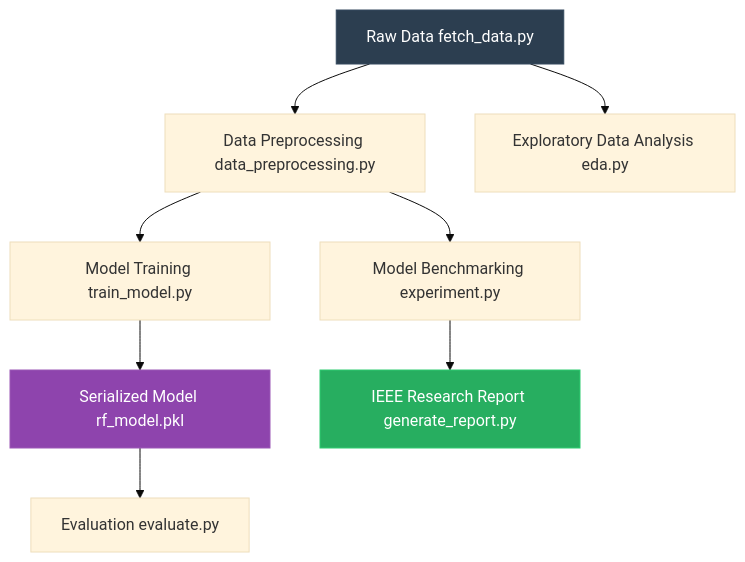
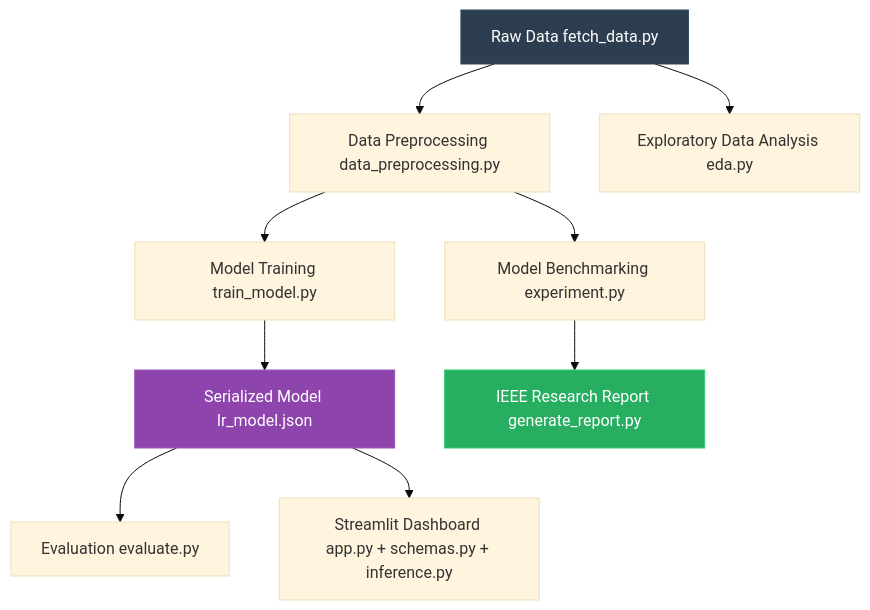
One commit to GaneshArwan/customer_churn_prediction changed the diagram in README.md. Above: the diagram before and after it, drawn with Mermaid (base theme). The commit also changed other lines of this file and 32 other files, not shown here.

````diff
--- a/README.md
+++ b/README.md
@@ -99,14 +107,15 @@
 ```mermaid
 graph TD
     A[Raw Data fetch_data.py] --> B[Data Preprocessing data_preprocessing.py]
     A --> C[Exploratory Data Analysis eda.py]
     B --> D[Model Training train_model.py]
-    D --> E[Serialized Model rf_model.pkl]
+    D --> E[Serialized Model lr_model.json]
     B --> F[Model Benchmarking experiment.py]
     E --> G[Evaluation evaluate.py]
+    E --> I[Streamlit Dashboard app.py + schemas.py + inference.py]
     F --> H["IEEE Research Report generate_report.py"]
 
     style A fill:#2C3E50,stroke:#34495E,color:#fff
     style H fill:#27AE60,stroke:#2ECC71,color:#fff
     style E fill:#8E44AD,stroke:#9B59B6,color:#fff
 ```
````
